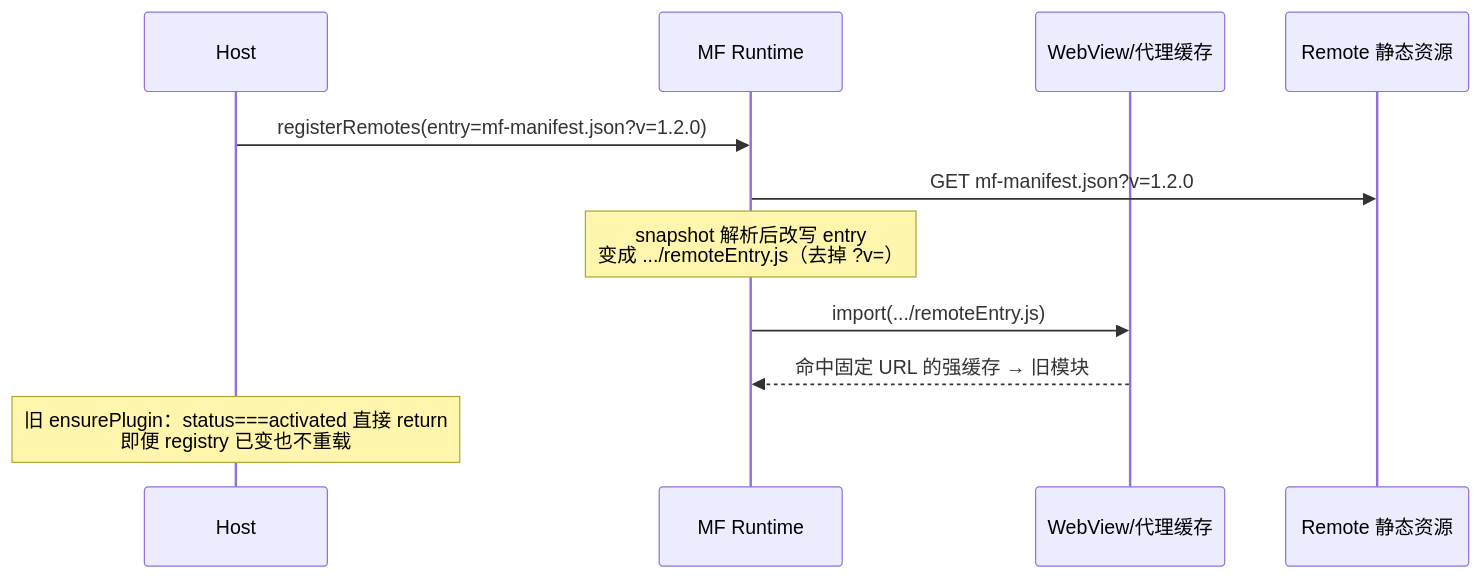
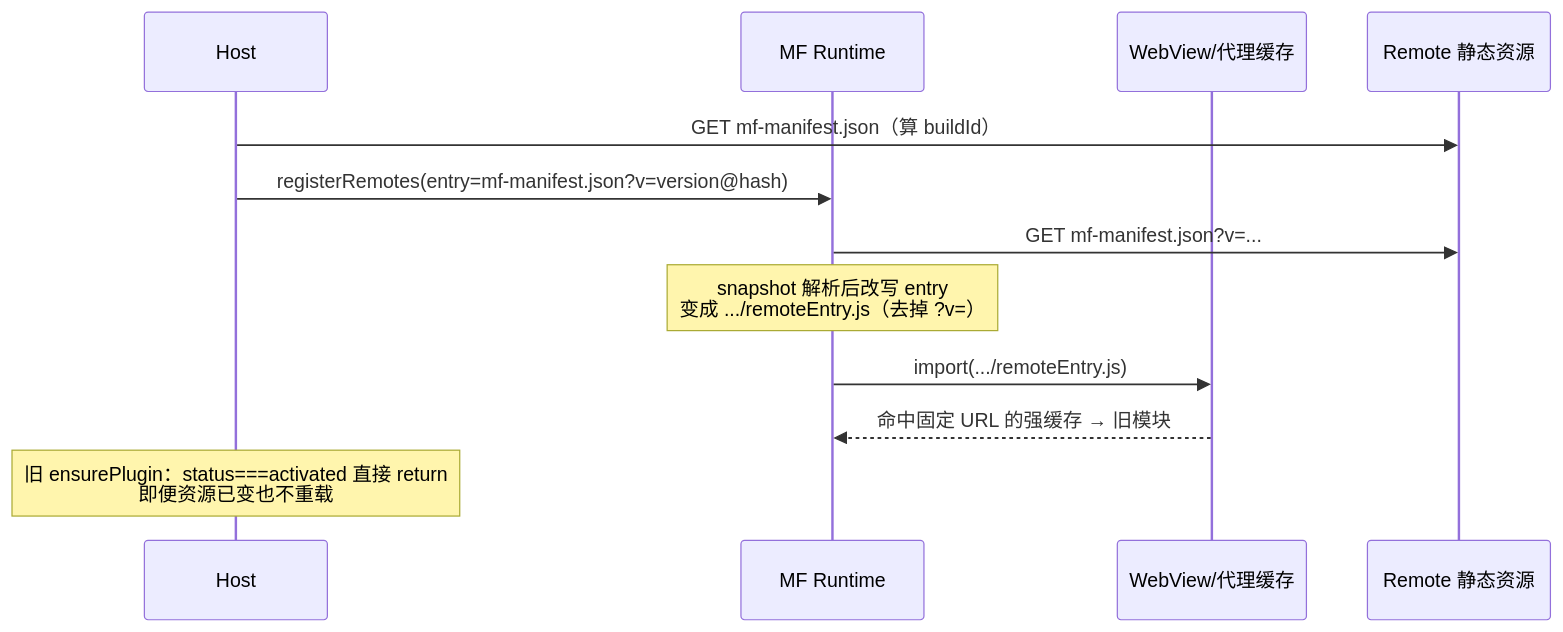
Before and after one commit to dnhyxc/dnhyxc-ai: the second of 5 diagrams in apps/frontend/src/plugins/docs/mf-implementation-guide.md, drawn with Mermaid. The commit also changed other lines of this file and 22 other files, not shown here.

````diff
--- a/apps/frontend/src/plugins/docs/mf-implementation-guide.md
+++ b/apps/frontend/src/plugins/docs/mf-implementation-guide.md
@@ -2339,14 +2413,15 @@
 ```mermaid
 sequenceDiagram
   participant Host
   participant MF as MF Runtime
   participant Net as WebView/代理缓存
   participant CDN as Remote 静态资源
 
-  Host->>MF: registerRemotes(entry=mf-manifest.json?v=1.2.0)
-  MF->>CDN: GET mf-manifest.json?v=1.2.0
+  Host->>CDN: GET mf-manifest.json（算 buildId）
+  Host->>MF: registerRemotes(entry=mf-manifest.json?v=version@hash)
+  MF->>CDN: GET mf-manifest.json?v=...
   Note over MF: snapshot 解析后改写 entry<br/>变成 .../remoteEntry.js（去掉 ?v=）
   MF->>Net: import(.../remoteEntry.js)
   Net-->>MF: 命中固定 URL 的强缓存 → 旧模块
-  Note over Host: 旧 ensurePlugin：status===activated 直接 return<br/>即便 registry 已变也不重载
+  Note over Host: 旧 ensurePlugin：status===activated 直接 return<br/>即便资源已变也不重载
 ```
````
